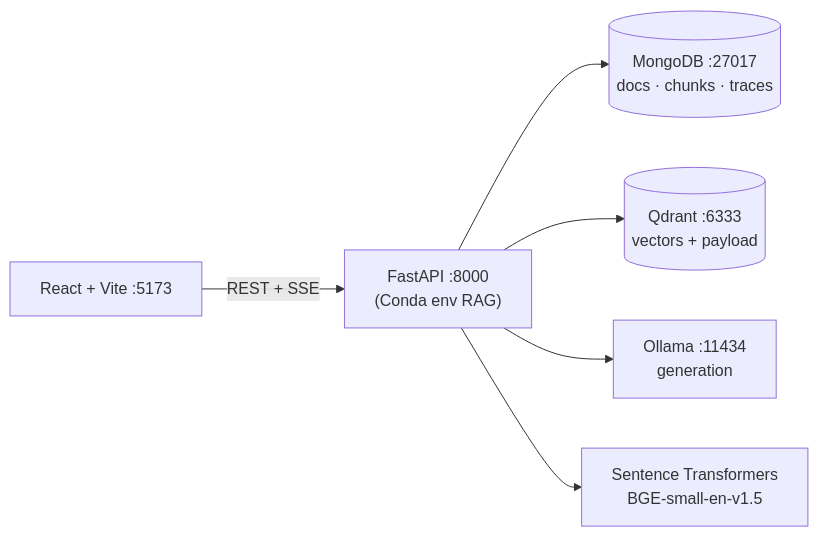
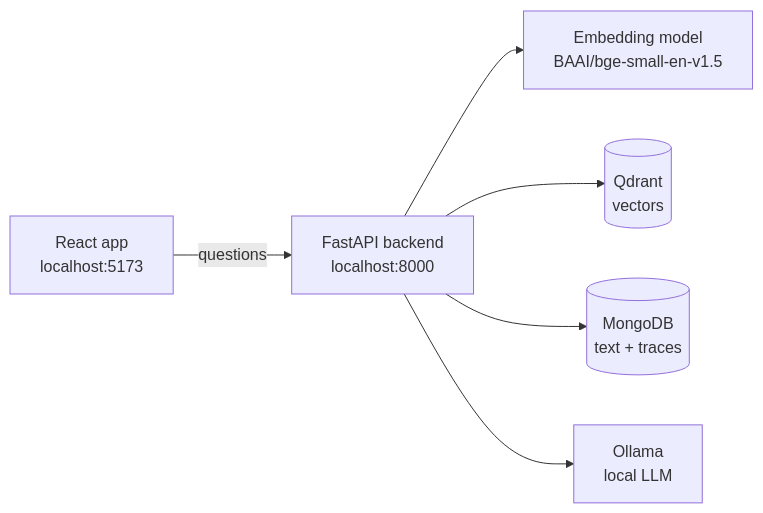
One commit to Jackson2706/RAG-Project-G5-HYU-E changed the diagram in README.md. Above: the diagram before and after it, drawn with Mermaid. The commit also changed other lines of this file and 105 other files, not shown here.

````diff
--- a/README.md
+++ b/README.md
@@ -26,8 +30,8 @@
 ```mermaid
 flowchart LR
-  UI["React + Vite :5173"] -- "REST + SSE" --> API["FastAPI :8000<br/>(Conda env RAG)"]
-  API --> MDB[("MongoDB :27017<br/>docs · chunks · traces")]
-  API --> QD[("Qdrant :6333<br/>vectors + payload")]
-  API --> OLL["Ollama :11434<br/>generation"]
-  API --> EMB["Sentence Transformers<br/>BGE-small-en-v1.5"]
+  UI["React app<br/>localhost:5173"] -->|questions| API["FastAPI backend<br/>localhost:8000"]
+  API --> EMB["Embedding model<br/>BAAI/bge-small-en-v1.5"]
+  API --> QD[("Qdrant<br/>vectors")]
+  API --> MDB[("MongoDB<br/>text + traces")]
+  API --> OLL["Ollama<br/>local LLM"]
 ```
````
